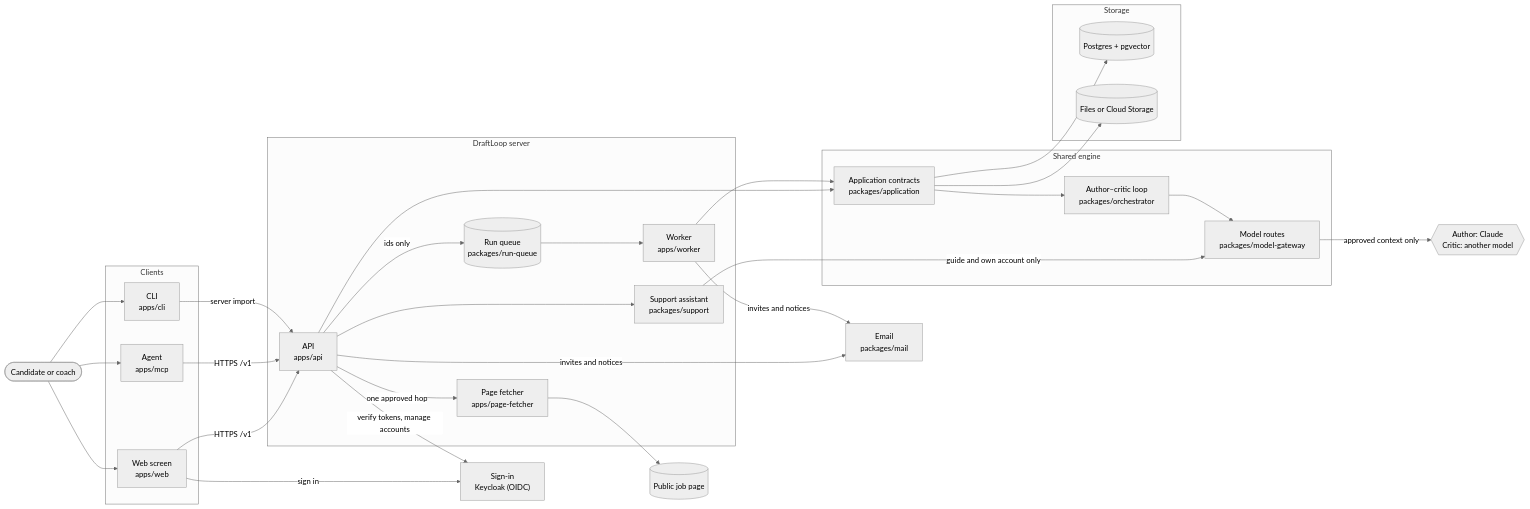
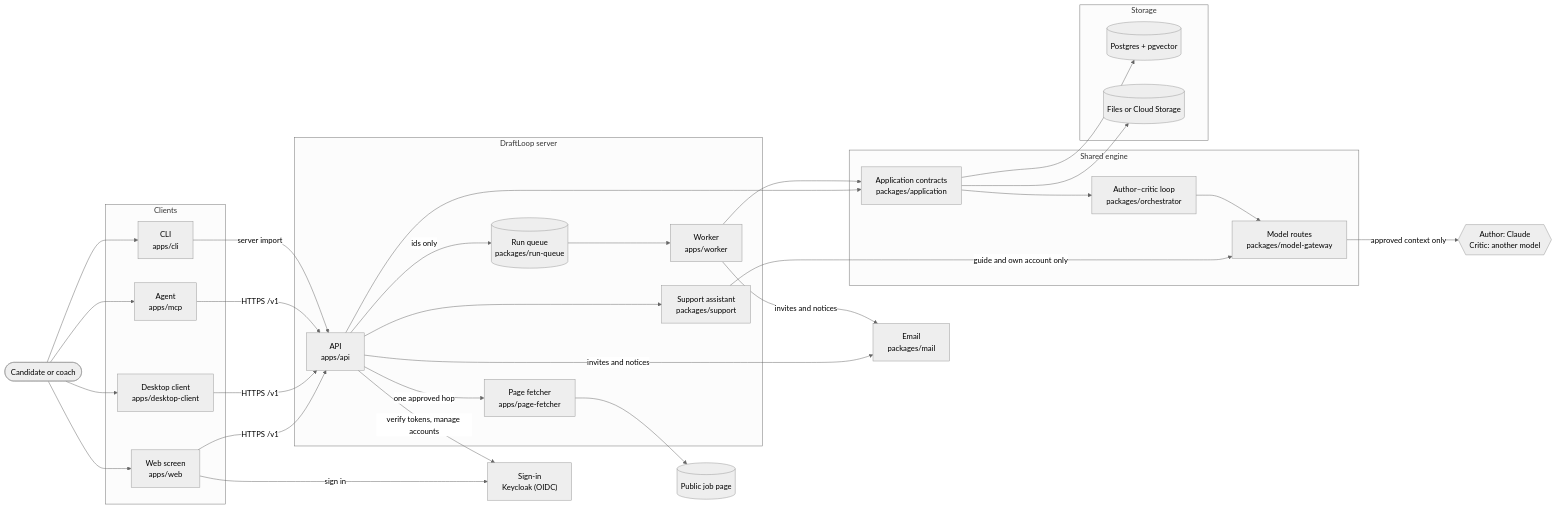
The first of 5 diagrams in docs/architecture/overview.md (akoita/draft-loop), drawn with Mermaid (neutral theme) before and after one commit. The commit also changed other lines of this file and 7 other files, not shown here.

First line of the commit message:
Put the Electron desktop client back in the diagrams

````diff
--- a/docs/architecture/overview.md
+++ b/docs/architecture/overview.md
@@ -47,53 +47,54 @@
 ```mermaid
 flowchart LR
   person([Candidate or coach])
 
   subgraph clients [Clients]
     web["Web screen<br/>apps/web"]
+    desk["Desktop client<br/>apps/desktop-client"]
     agent["Agent<br/>apps/mcp"]
     cli["CLI<br/>apps/cli"]
   end
 
   subgraph server [DraftLoop server]
     api["API<br/>apps/api"]
     support["Support assistant<br/>packages/support"]
     queue[("Run queue<br/>packages/run-queue")]
     worker["Worker<br/>apps/worker"]
     fetcher["Page fetcher<br/>apps/page-fetcher"]
   end
 
   subgraph engine [Shared engine]
     app["Application contracts<br/>packages/application"]
     orch["Author–critic loop<br/>packages/orchestrator"]
     gw["Model routes<br/>packages/model-gateway"]
   end
 
   subgraph data [Storage]
     pg[("Postgres + pgvector")]
     blobs[("Files or Cloud Storage")]
   end
 
   models{{"Author: Claude<br/>Critic: another model"}}
   jobpage[(Public job page)]
   idp["Sign-in<br/>Keycloak (OIDC)"]
   mail["Email<br/>packages/mail"]
 
-  person --> web & agent & cli
-  web & agent -->|HTTPS /v1| api
+  person --> web & desk & agent & cli
+  web & desk & agent -->|HTTPS /v1| api
   web -->|sign in| idp
   api -->|verify tokens, manage accounts| idp
   api --> support
   support -->|guide and own account only| gw
   api & worker -->|invites and notices| mail
   cli -->|server import| api
   api --> app
   api -->|ids only| queue
   queue --> worker
   worker --> app
   app --> orch
   orch --> gw
   gw -->|approved context only| models
   app --> pg & blobs
   api -->|one approved hop| fetcher
   fetcher --> jobpage
 ```
````
